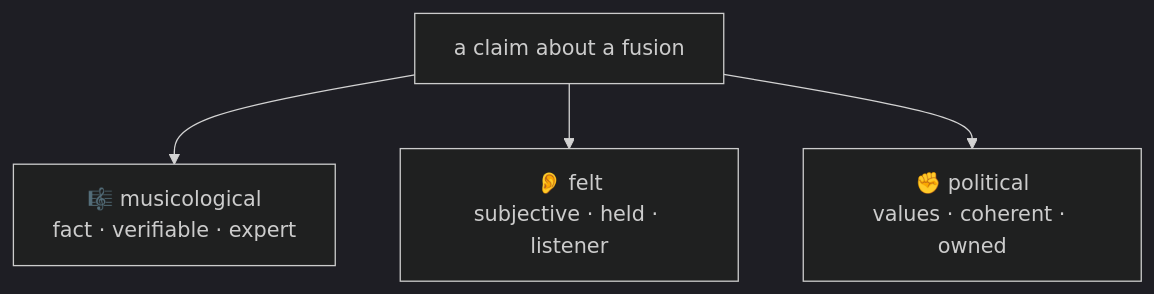
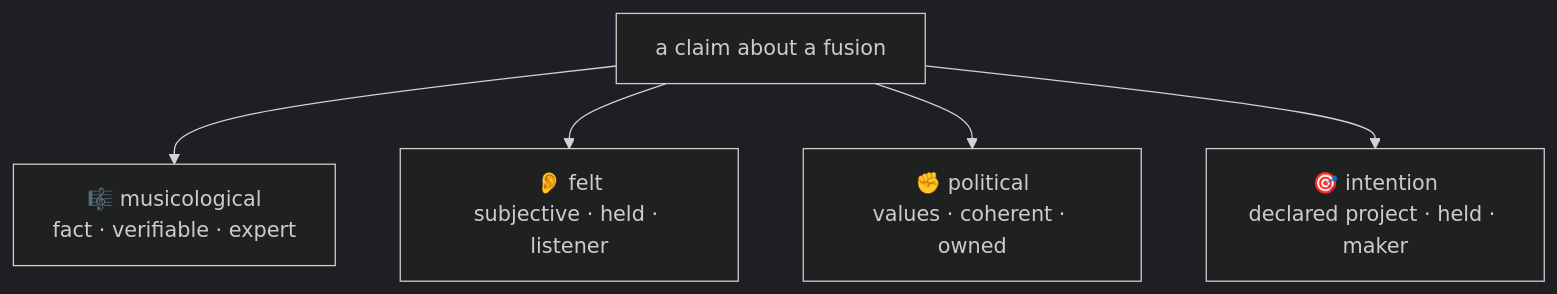
Before and after one commit to groove-engineering/malentendu: the third of 5 diagrams in docs-site/docs/explanation/examples.md, drawn with Mermaid (dark theme). The commit also changed other lines of this file and 18 other files, not shown here.

````diff
--- a/docs-site/docs/explanation/examples.md
+++ b/docs-site/docs/explanation/examples.md
@@ -37,7 +37,8 @@
 ```mermaid
 flowchart TB
   C["a claim about a fusion"]
   C --> M["🎼 musicological<br/>fact · verifiable · expert"]
   C --> R["👂 felt<br/>subjective · held · listener"]
   C --> P["✊ political<br/>values · coherent · owned"]
+  C --> I["🎯 intention<br/>declared project · held · maker"]
 ```
````
